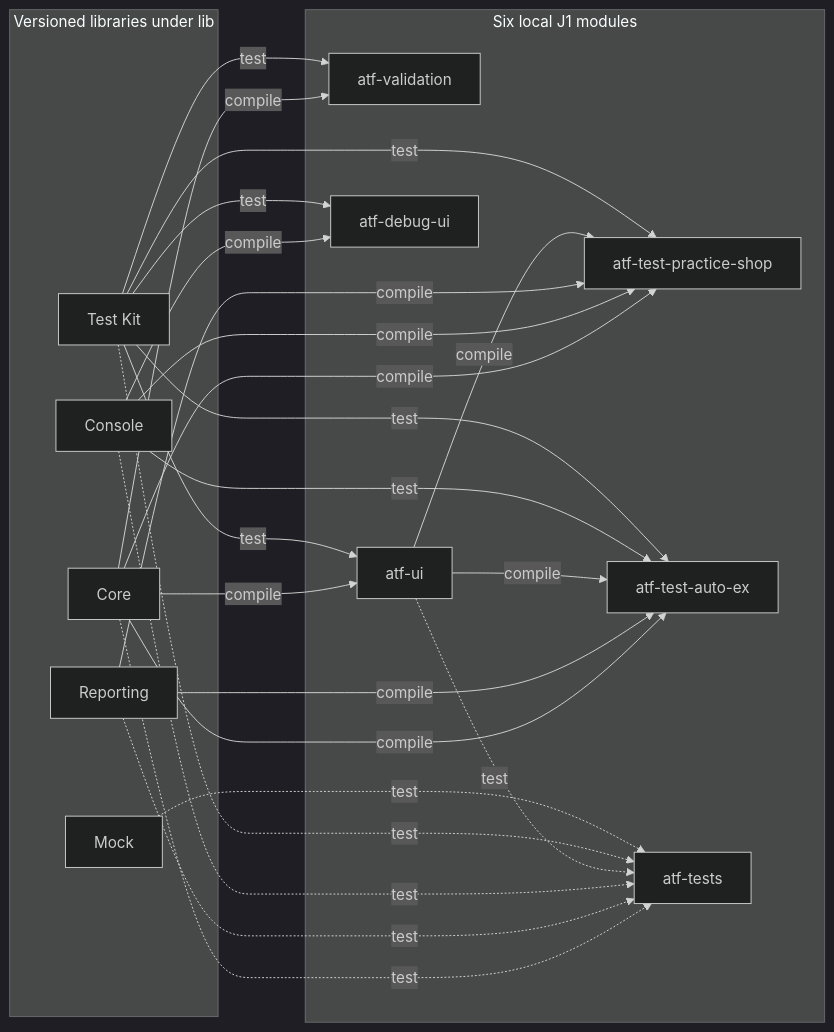
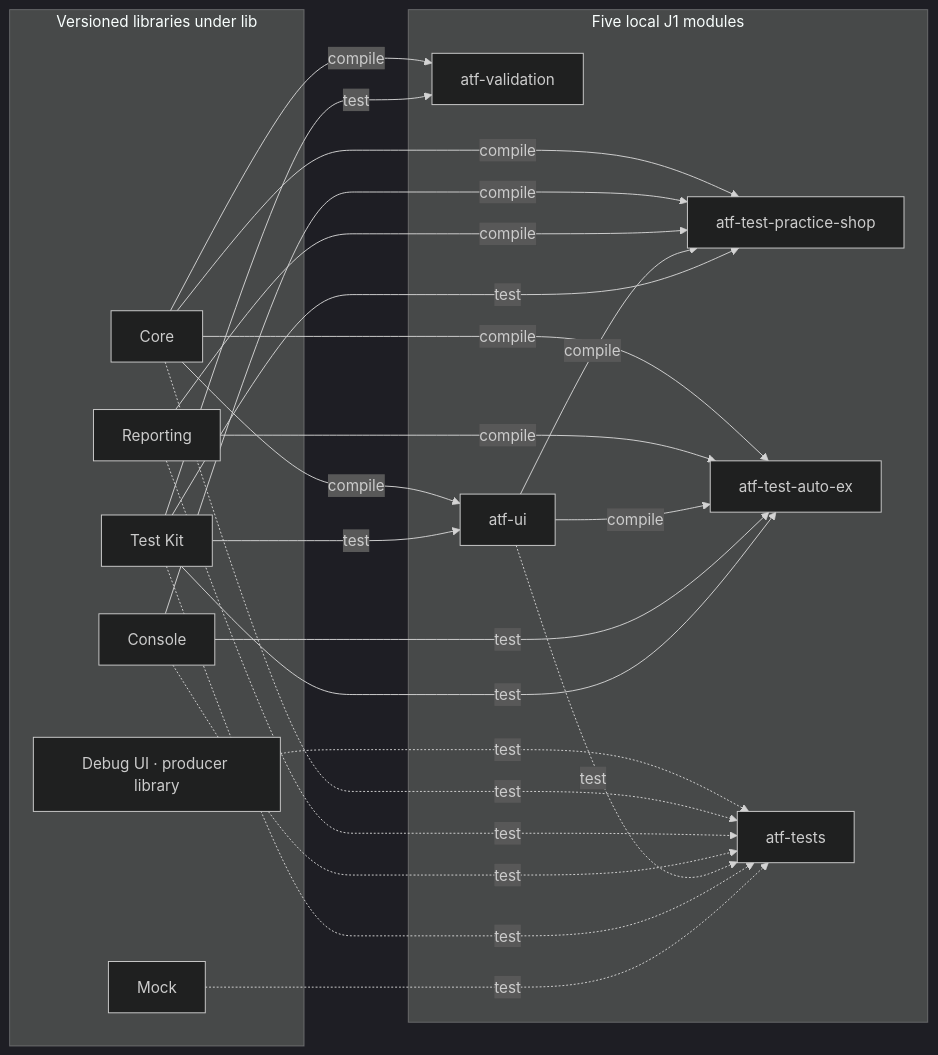
Before and after one commit to crististefanita/atf_j1: the first of 2 diagrams in docs/ATF_Architecture.md, drawn with Mermaid (dark theme). The commit also changed other lines of this file and 58 other files, not shown here.

Commit message:
Adopt source language governance and Debug UI library

```diff
--- a/docs/ATF_Architecture.md
+++ b/docs/ATF_Architecture.md
@@ -48,42 +49,41 @@
 ~~~mermaid
 flowchart LR
   subgraph Libraries[Versioned libraries under lib]
     Core[Core]
     Reporting[Reporting]
     Console[Console]
     Mock[Mock]
     Kit[Test Kit]
+    DebugUI[Debug UI · producer library]
   end
 
-  subgraph Reactor[Six local J1 modules]
+  subgraph Reactor[Five local J1 modules]
     Validation[atf-validation]
     UI[atf-ui]
-    Debug[atf-debug-ui]
     Shop[atf-test-practice-shop]
     AutoEx[atf-test-auto-ex]
     Governance[atf-tests]
   end
 
   Core -->|compile| Validation
   Kit -->|test| Validation
   Core -->|compile| UI
   Kit -->|test| UI
-  Console -->|compile| Debug
-  Kit -->|test| Debug
+  DebugUI -.->|test| Governance
   Core -->|compile| Shop
   Console -->|compile| Shop
   Reporting -->|compile| Shop
   UI -->|compile| Shop
   Kit -->|test| Shop
   Core -->|compile| AutoEx
   Reporting -->|compile| AutoEx
   UI -->|compile| AutoEx
   Console -->|test| AutoEx
   Kit -->|test| AutoEx
   Core -.->|test| Governance
   Reporting -.->|test| Governance
   Console -.->|test| Governance
   UI -.->|test| Governance
   Kit -.->|test| Governance
   Mock -.->|test| Governance
 ~~~
```
